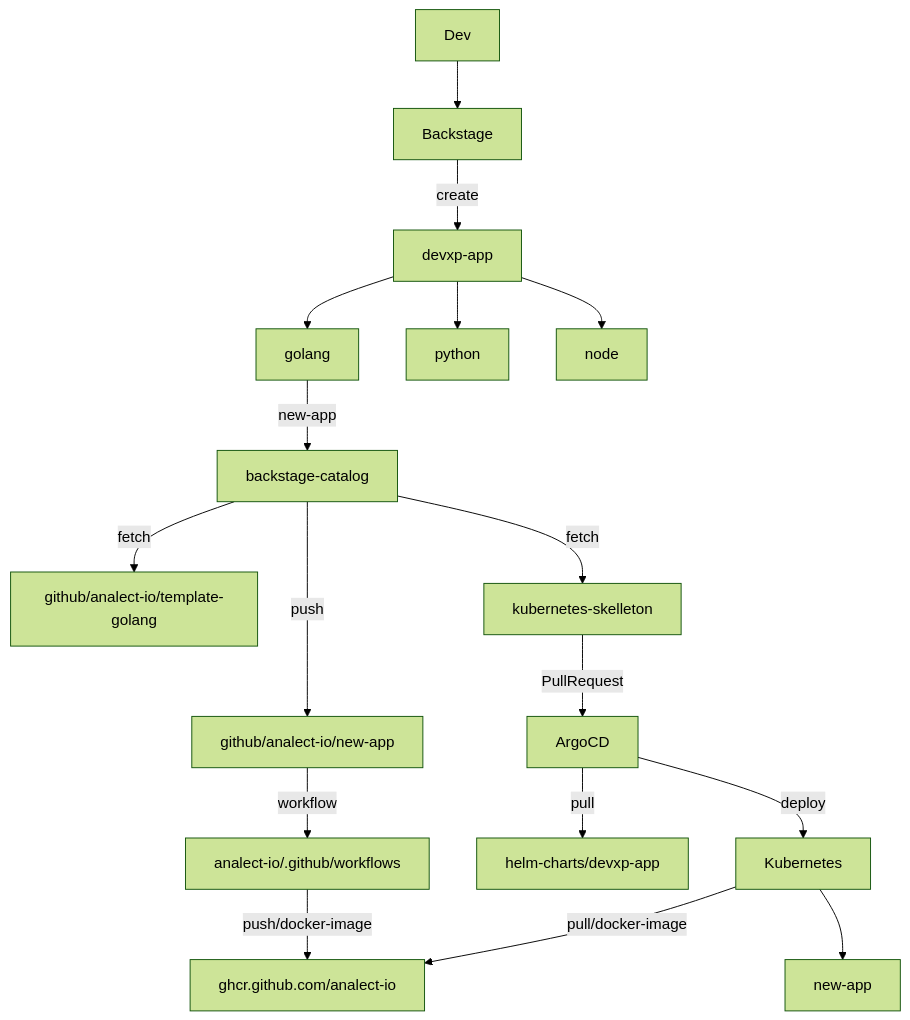
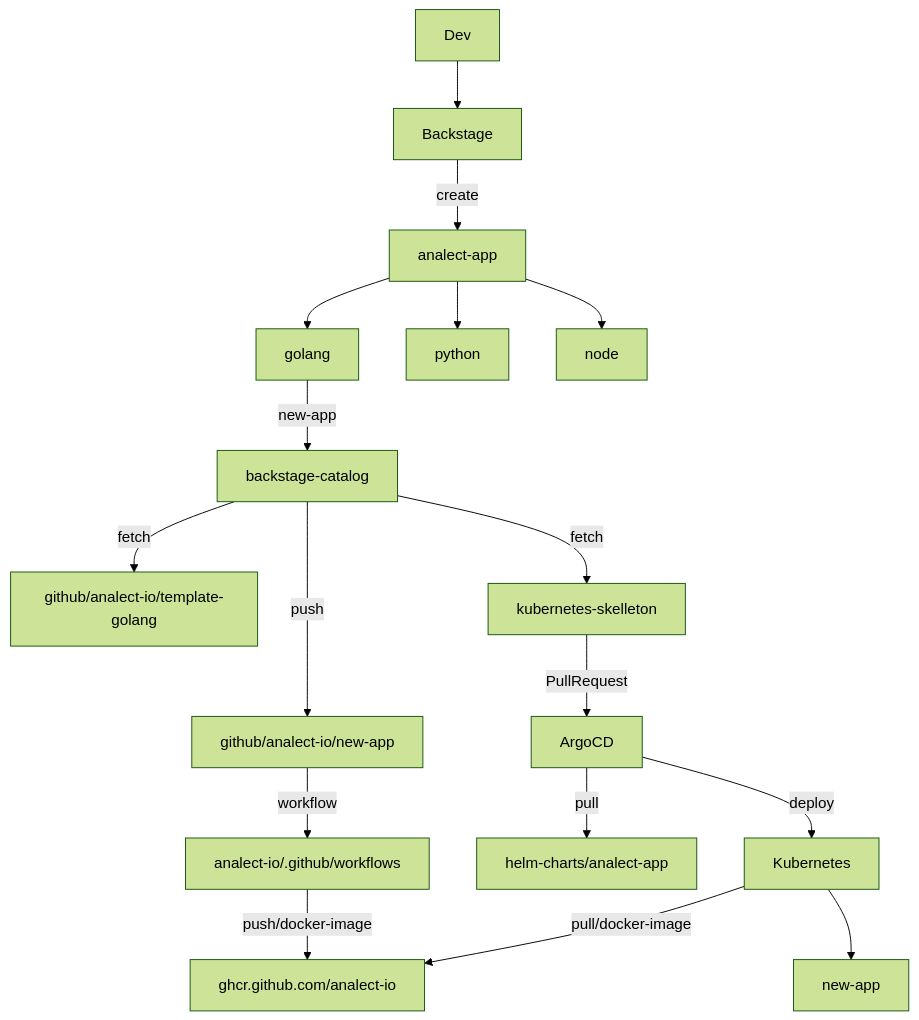
Before and after one commit to analect-io/backstage: the diagram in README.md, drawn with Mermaid (forest theme).

Commit message:
change devxp-app to analect-app

````diff
--- a/README.md
+++ b/README.md
@@ -57,19 +57,19 @@
 ```mermaid
 graph TD;
     Dev-->Backstage;
-    Backstage--create-->devxp-app;
-    devxp-app-->golang;
-    devxp-app-->python;
-    devxp-app-->node;
+    Backstage--create-->analect-app;
+    analect-app-->golang;
+    analect-app-->python;
+    analect-app-->node;
     golang--new-app-->backstage-catalog;
     backstage-catalog--fetch-->github/analect-io/template-golang;
     backstage-catalog--fetch-->kubernetes-skelleton;
     backstage-catalog--push-->github/analect-io/new-app;
     kubernetes-skelleton--PullRequest-->ArgoCD;
     github/analect-io/new-app--workflow-->analect-io/.github/workflows;
-    ArgoCD--pull-->helm-charts/devxp-app;
+    ArgoCD--pull-->helm-charts/analect-app;
     ArgoCD--deploy-->Kubernetes;
     analect-io/.github/workflows--push/docker-image-->ghcr.github.com/analect-io;
     Kubernetes--pull/docker-image-->ghcr.github.com/analect-io;
     Kubernetes-->new-app;
 ```
````
